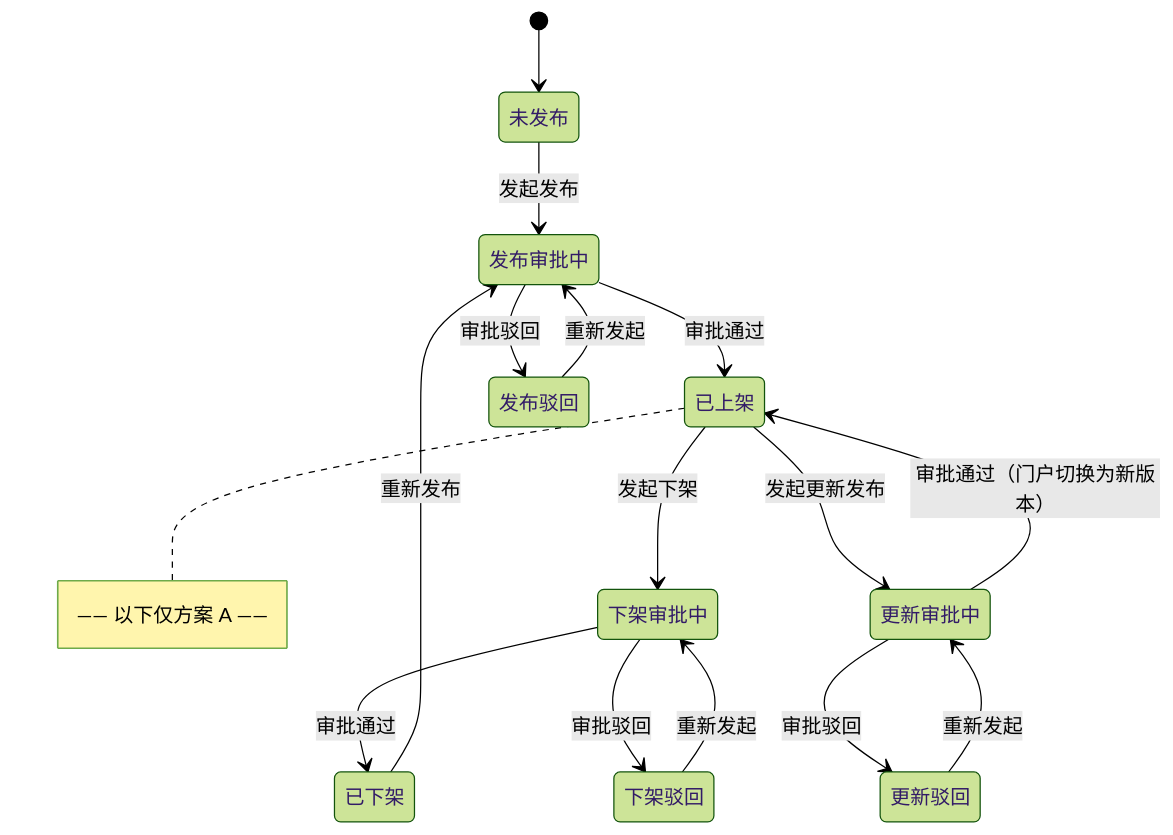
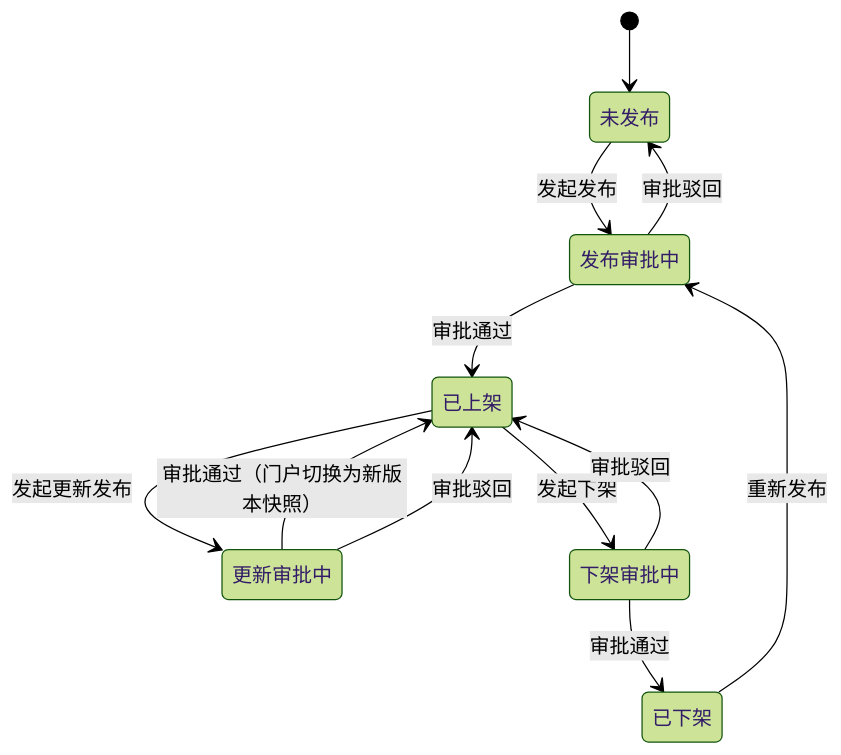
One commit to choosenmanguo-glitch/GA_Project_Demo_0628 changed the second of 3 diagrams in 需求方案/第三方门户发布渠道.md. Above: the diagram before and after it, drawn with Mermaid (forest theme). The commit also changed other lines of this file and 20 other files, not shown here.

````diff
--- a/需求方案/第三方门户发布渠道.md
+++ b/需求方案/第三方门户发布渠道.md
@@ -111,22 +116,22 @@
 ```mermaid
 stateDiagram-v2
     [*] --> 未发布
 
+    %% 发布路径
     未发布 --> 发布审批中: 发起发布
     发布审批中 --> 已上架: 审批通过
-    发布审批中 --> 发布驳回: 审批驳回
-    发布驳回 --> 发布审批中: 重新发起
+    发布审批中 --> 未发布: 审批驳回
 
+    %% 更新发布路径
+    已上架 --> 更新审批中: 发起更新发布
+    更新审批中 --> 已上架: 审批通过（门户切换为新版本快照）
+    更新审批中 --> 已上架: 审批驳回
+
+    %% 下架路径
     已上架 --> 下架审批中: 发起下架
     下架审批中 --> 已下架: 审批通过
-    下架审批中 --> 下架驳回: 审批驳回
-    下架驳回 --> 下架审批中: 重新发起
+    下架审批中 --> 已上架: 审批驳回
 
+    %% 重新发布
     已下架 --> 发布审批中: 重新发布
-
-    note right of 已上架: —— 以下仅方案 A ——
-    已上架 --> 更新审批中: 发起更新发布
-    更新审批中 --> 已上架: 审批通过（门户切换为新版本）
-    更新审批中 --> 更新驳回: 审批驳回
-    更新驳回 --> 更新审批中: 重新发起
 ```
````
